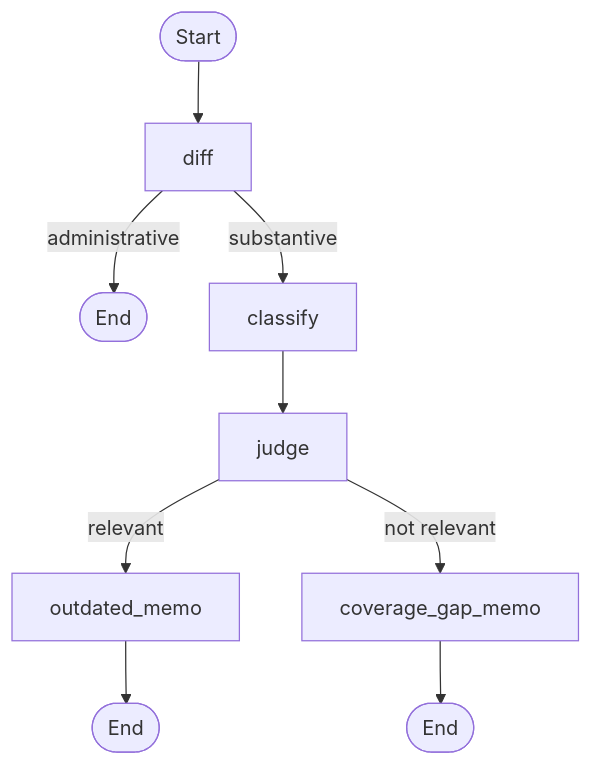
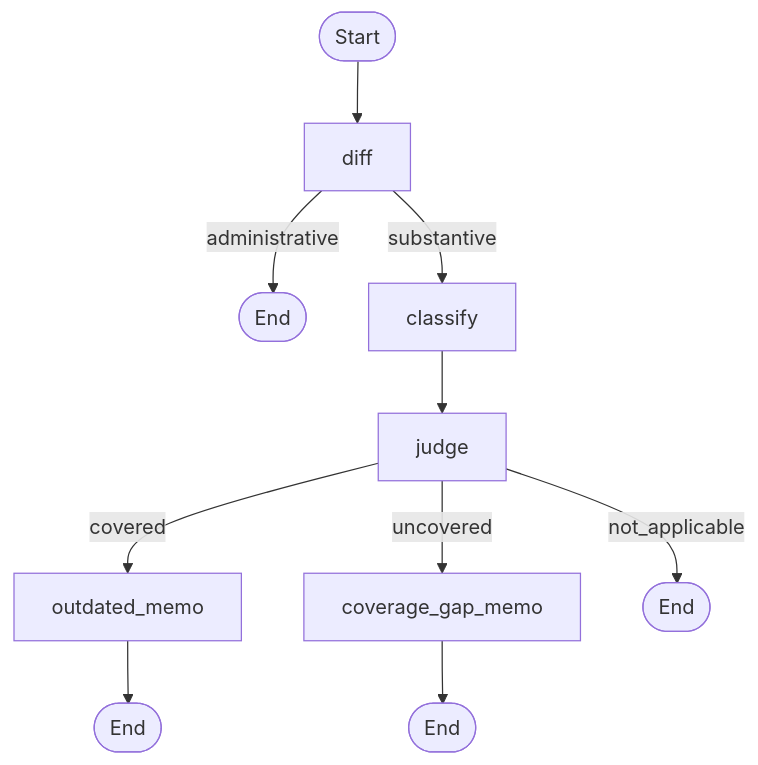
One commit to d4t4forge-debugX/regpulse changed the second of 2 diagrams in README.md. Above: the diagram before and after it, drawn with Mermaid. The commit also changed other lines of this file, not shown here.

Commit message:
README: 3-way judge, current eval numbers and misses, config.py, single fetch-then-graph pipeline

````diff
--- a/README.md
+++ b/README.md
@@ -122,11 +127,12 @@
 ```mermaid
 flowchart TD
     S([Start]) --> diff
     diff -->|administrative| E1([End])
     diff -->|substantive| classify
     classify --> judge
-    judge -->|relevant| outdated_memo
-    judge -->|not relevant| coverage_gap_memo
+    judge -->|covered| outdated_memo
+    judge -->|uncovered| coverage_gap_memo
+    judge -->|not_applicable| E4([End])
     outdated_memo --> E2([End])
     coverage_gap_memo --> E3([End])
 ```
````
